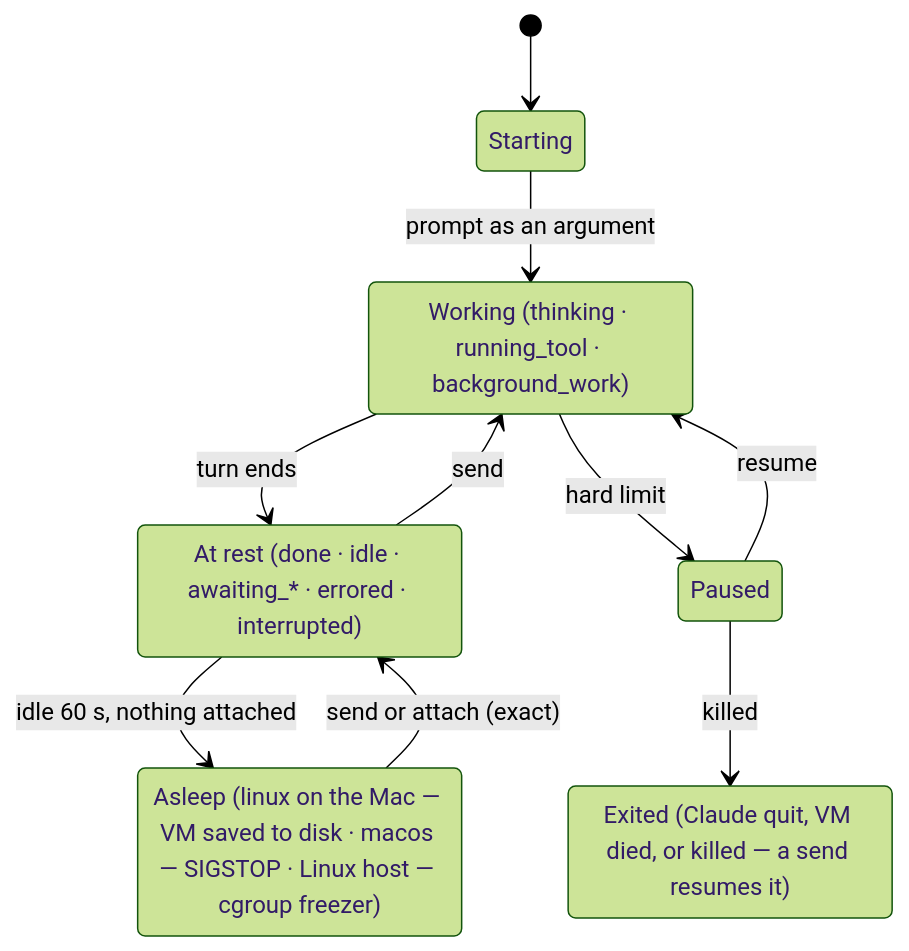
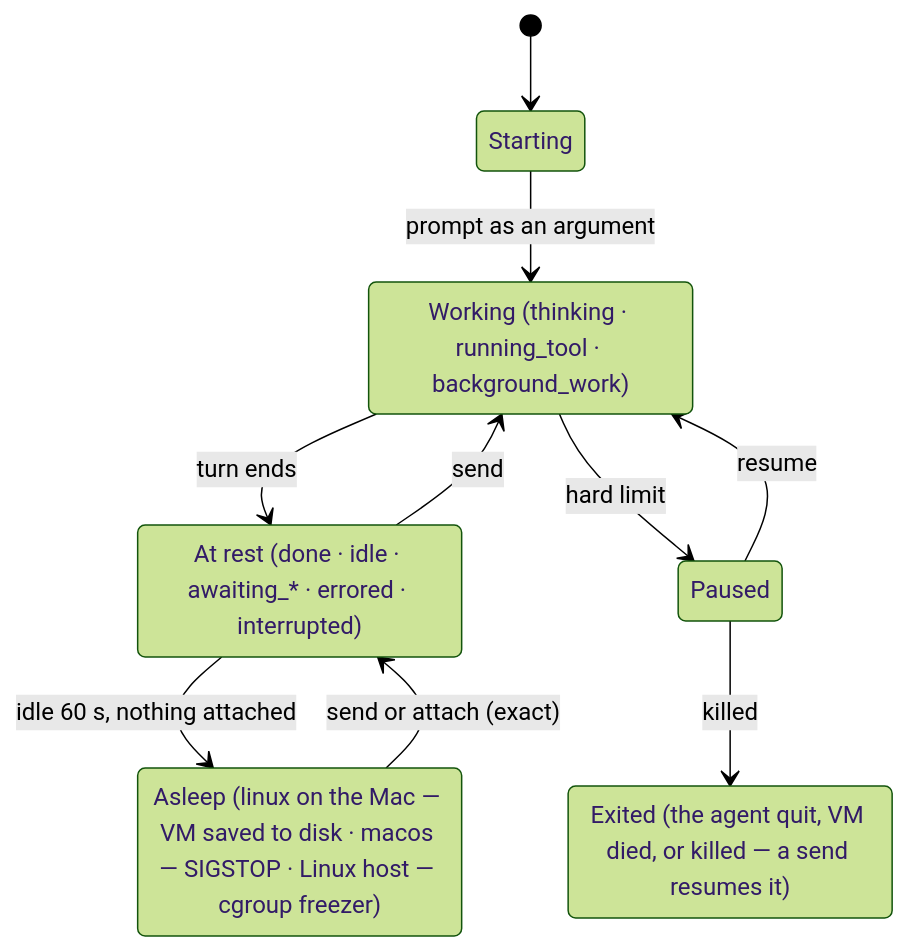
Before and after one commit to tsconfigdotjson/vibe-os-native: the second of 2 diagrams in PRD.md, drawn with Mermaid (forest theme). The commit also changed other lines of this file and 109 other files, not shown here.

First line of the commit message:
Pi coding agent support alongside Claude (#61)

````diff
--- a/PRD.md
+++ b/PRD.md
@@ -548,16 +565,16 @@
 ```mermaid
 stateDiagram-v2
   [*] --> Starting
   Starting --> Working: prompt as an argument
   Working --> AtRest: turn ends
   AtRest --> Working: send
   AtRest --> Asleep: idle 60 s, nothing attached
   Asleep --> AtRest: send or attach (exact)
   Working --> Paused: hard limit
   Paused --> Working: resume
   Paused --> Exited: killed
   AtRest: At rest (done · idle · awaiting_* · errored · interrupted)
   Working: Working (thinking · running_tool · background_work)
   Asleep: Asleep (linux on the Mac — VM saved to disk · macos — SIGSTOP · Linux host — cgroup freezer)
-  Exited: Exited (Claude quit, VM died, or killed — a send resumes it)
+  Exited: Exited (the agent quit, VM died, or killed — a send resumes it)
 ```
````
